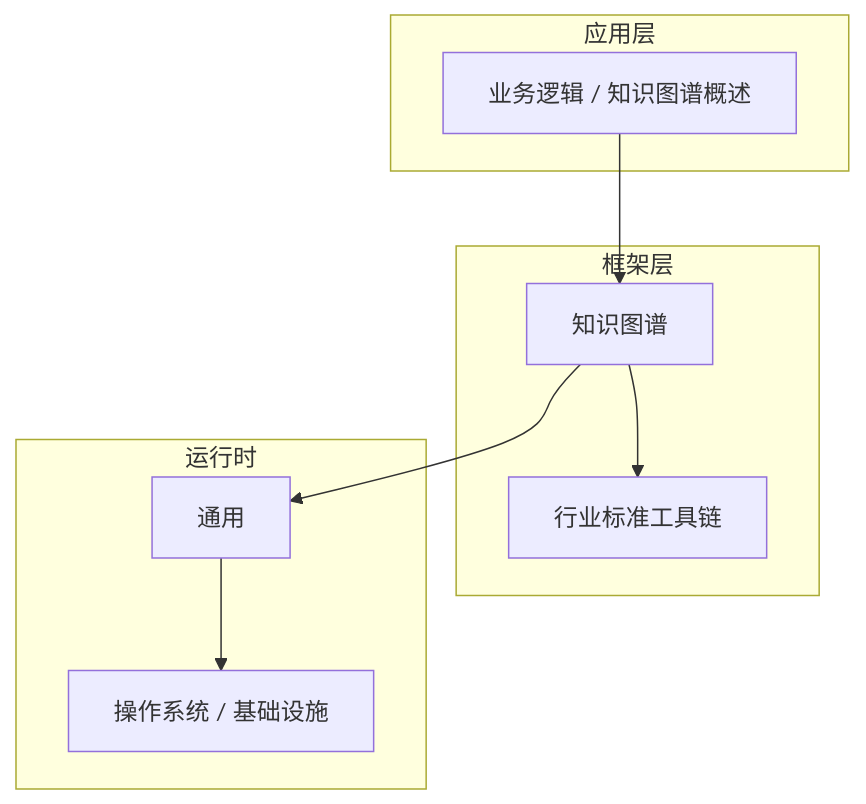
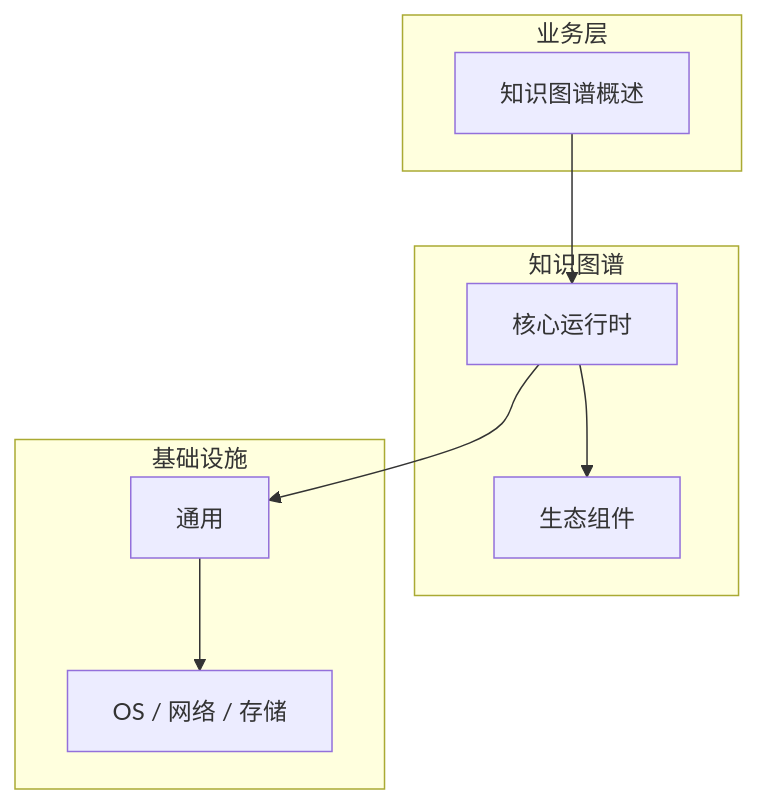
The diagram in articles/知识图谱/chapters/001-知识图谱概述核心概念与原理.md (yanggan2015/knowledge-json-v2), drawn with Mermaid before and after one commit. The commit also changed other lines of this file and 10127 other files, not shown here.

````diff
--- a/articles/知识图谱/chapters/001-知识图谱概述核心概念与原理.md
+++ b/articles/知识图谱/chapters/001-知识图谱概述核心概念与原理.md
@@ -45,18 +30,18 @@
 ```mermaid
 graph TB
-    subgraph 应用层
-        A[业务逻辑 / 知识图谱概述]
+    subgraph 业务层
+        A[知识图谱概述]
     end
-    subgraph 框架层
-        B[知识图谱]
-        C[行业标准工具链]
+    subgraph 知识图谱
+        B[核心运行时]
+        C[生态组件]
     end
-    subgraph 运行时
+    subgraph 基础设施
         D[通用]
-        E[操作系统 / 基础设施]
+        E[OS / 网络 / 存储]
     end
     A --> B
     B --> C
     B --> D
     D --> E
 ```
````
